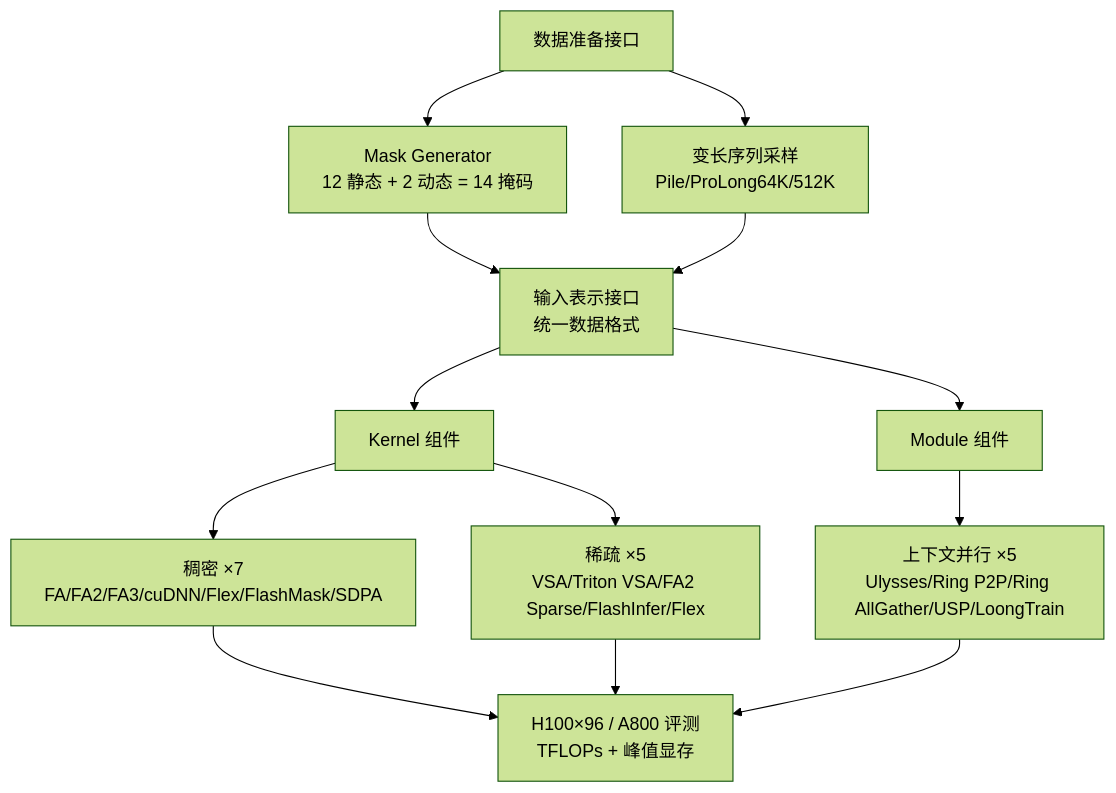
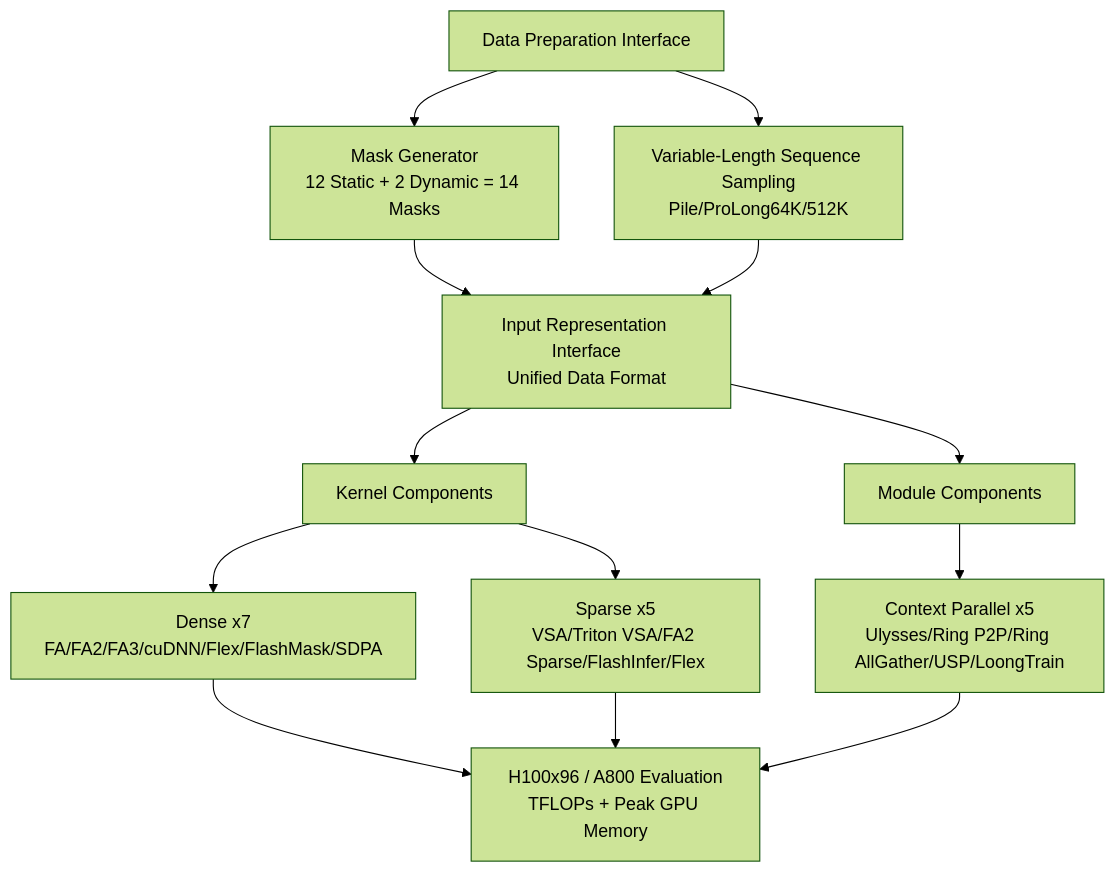
The diagram in docs/ICLR2026/llm_efficiency/long-context_attention_benchmark_from_kernel_efficiency_to_distributed_context_p.md (zhaoyang97/Paper-Notes-en), drawn with Mermaid (forest theme) before and after one commit. The commit also changed 644 other files, not shown here.

````diff
--- a/docs/ICLR2026/llm_efficiency/long-context_attention_benchmark_from_kernel_efficiency_to_distributed_context_p.md
+++ b/docs/ICLR2026/llm_efficiency/long-context_attention_benchmark_from_kernel_efficiency_to_distributed_context_p.md
@@ -46,12 +46,12 @@
 ```mermaid
 flowchart TD
-    A[数据准备接口] --> A1[Mask Generator<br/>12 静态 + 2 动态 = 14 掩码]
-    A --> A2[变长序列采样<br/>Pile/ProLong64K/512K]
-    A1 & A2 --> B[输入表示接口<br/>统一数据格式]
-    B --> C[Kernel 组件]
-    B --> D[Module 组件]
-    C --> C1[稠密 ×7<br/>FA/FA2/FA3/cuDNN/Flex/FlashMask/SDPA]
-    C --> C2[稀疏 ×5<br/>VSA/Triton VSA/FA2 Sparse/FlashInfer/Flex]
-    D --> D1[上下文并行 ×5<br/>Ulysses/Ring P2P/Ring AllGather/USP/LoongTrain]
-    C1 & C2 & D1 --> E[H100×96 / A800 评测<br/>TFLOPs + 峰值显存]
+    A[Data Preparation Interface] --> A1[Mask Generator<br/>12 Static + 2 Dynamic = 14 Masks]
+    A --> A2[Variable-Length Sequence Sampling<br/>Pile/ProLong64K/512K]
+    A1 & A2 --> B[Input Representation Interface<br/>Unified Data Format]
+    B --> C[Kernel Components]
+    B --> D[Module Components]
+    C --> C1[Dense x7<br/>FA/FA2/FA3/cuDNN/Flex/FlashMask/SDPA]
+    C --> C2[Sparse x5<br/>VSA/Triton VSA/FA2 Sparse/FlashInfer/Flex]
+    D --> D1[Context Parallel x5<br/>Ulysses/Ring P2P/Ring AllGather/USP/LoongTrain]
+    C1 & C2 & D1 --> E[H100x96 / A800 Evaluation<br/>TFLOPs + Peak GPU Memory]
 ```
````
